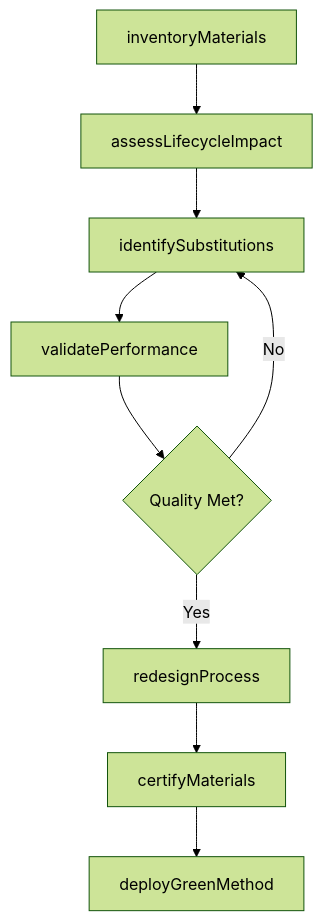
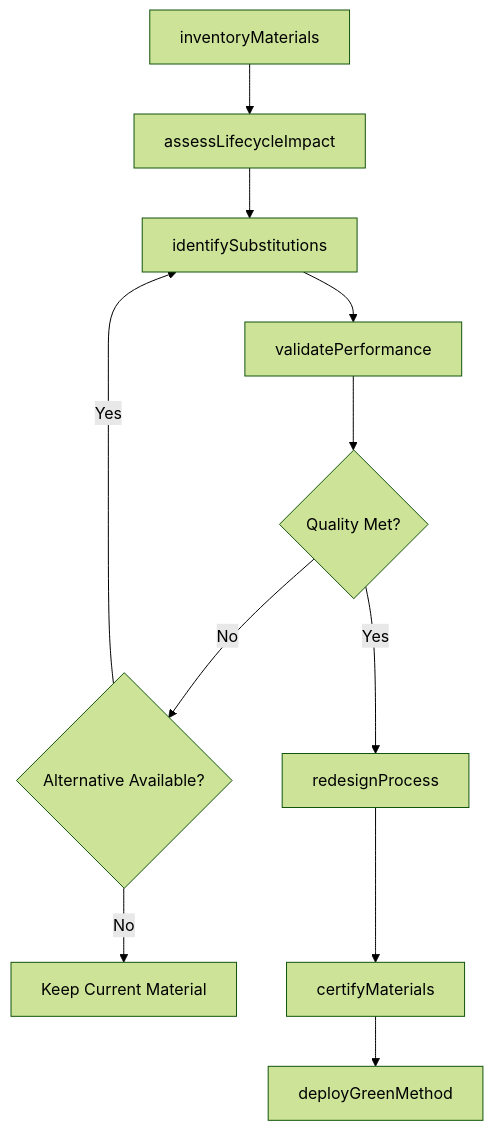
Before and after one commit to dot-org-ai/tasks.org.ai: the third of 4 diagrams in ThinkingCreatively/DevelopSustainableOrganizationalOrBusinessPoliciesOrPractices/DevelopOperationalMethodsProcessesUse.mdx, drawn with Mermaid (forest theme). The commit also changed other lines of this file and 266 other files, not shown here.

First line of the commit message:
feat: Add ER diagrams, state diagrams to wave 2 batch (251 DWA files)

````diff
--- a/ThinkingCreatively/DevelopSustainableOrganizationalOrBusinessPoliciesOrPractices/DevelopOperationalMethodsProcessesUse.mdx
+++ b/ThinkingCreatively/DevelopSustainableOrganizationalOrBusinessPoliciesOrPractices/DevelopOperationalMethodsProcessesUse.mdx
@@ -86,11 +114,13 @@
 ```mermaid
 graph TD
     A[inventoryMaterials] --> B[assessLifecycleImpact]
     B --> C[identifySubstitutions]
     C --> D[validatePerformance]
     D --> E{Quality Met?}
-    E -->|Yes| F[redesignProcess]
-    E -->|No| C
-    F --> G[certifyMaterials]
-    G --> H[deployGreenMethod]
+    E -->|No| F{Alternative Available?}
+    F -->|Yes| C
+    F -->|No| G[Keep Current Material]
+    E -->|Yes| H[redesignProcess]
+    H --> I[certifyMaterials]
+    I --> J[deployGreenMethod]
 ```
````
